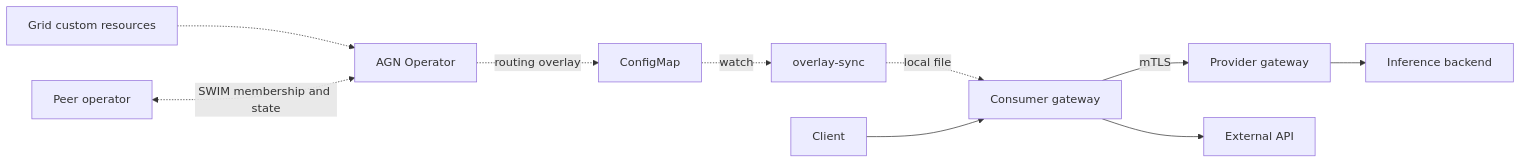
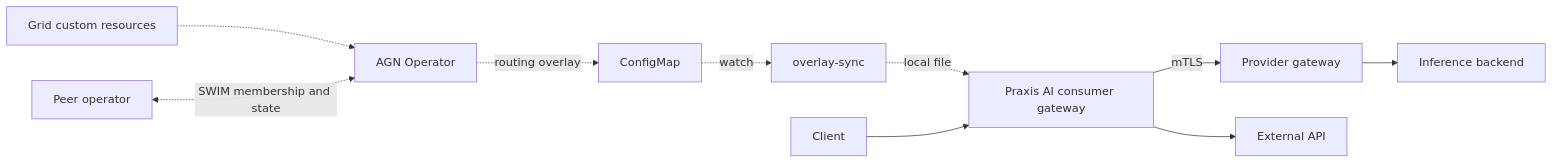
The diagram in README.md (praxis-proxy/grid), drawn with Mermaid before and after one commit. The commit also changed other lines of this file, not shown here.

Commit message:
docs: distinguish gateway routing configuration paths

````diff
--- a/README.md
+++ b/README.md
@@ -22,12 +31,12 @@
 ```mermaid
 flowchart LR
   resources[Grid custom resources] -.-> operator[AGN Operator]
   peer[Peer operator] <-. SWIM membership and state .-> operator
   operator -. routing overlay .-> config[ConfigMap]
   config -. watch .-> sync[overlay-sync]
-  sync -. local file .-> consumer[Consumer gateway]
+  sync -. local file .-> consumer[Praxis AI consumer gateway]
   client[Client] --> consumer
   consumer -->|mTLS| provider[Provider gateway]
   provider --> backend[Inference backend]
   consumer --> api[External API]
 ```
````
